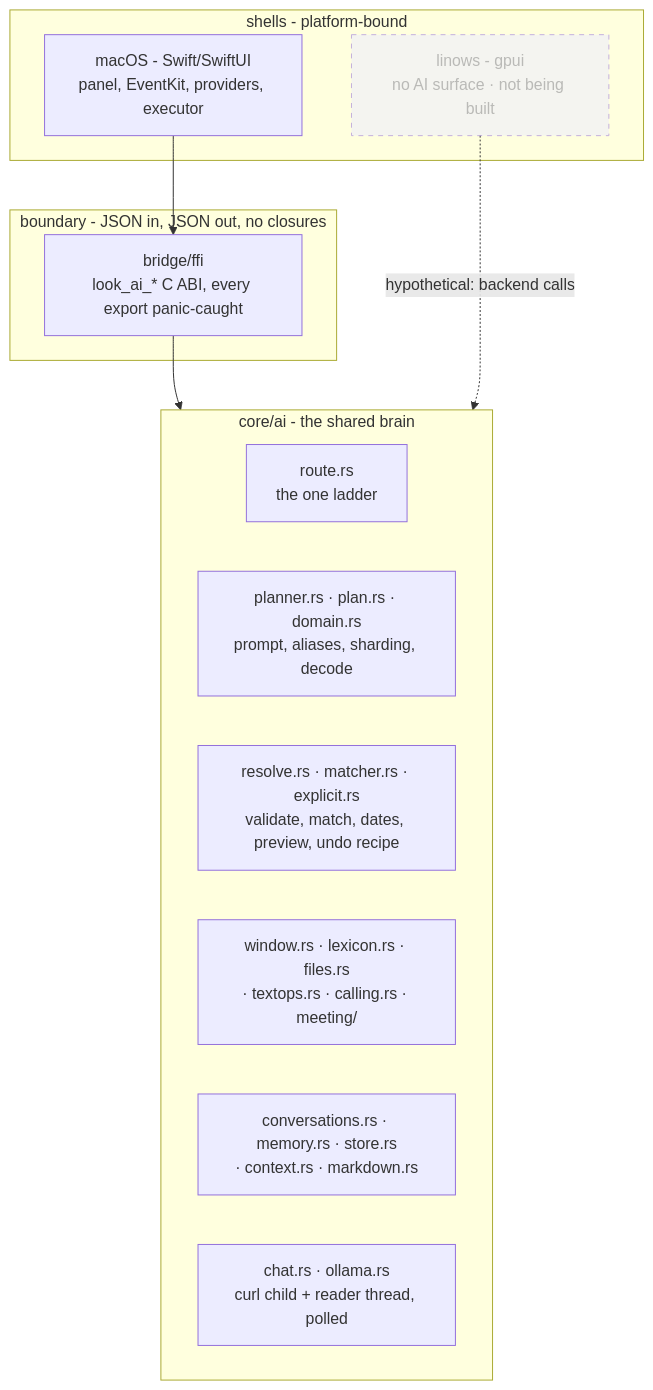
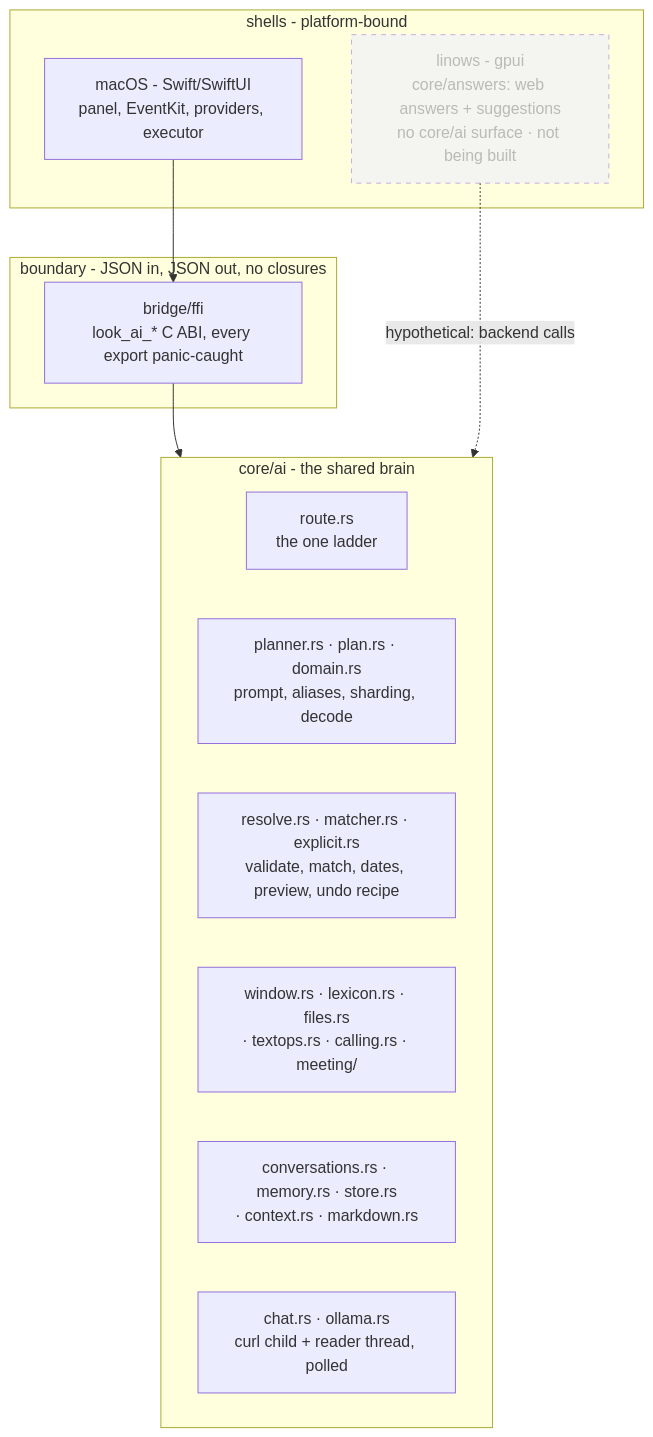
The first of 5 diagrams in docs/ai-architecture.md (kunkka19xx/look), drawn with Mermaid before and after one commit. The commit also changed other lines of this file and 2 other files, not shown here.

````diff
--- a/docs/ai-architecture.md
+++ b/docs/ai-architecture.md
@@ -17,26 +17,26 @@
 ```mermaid
 flowchart TB
     subgraph shells["shells - platform-bound"]
         SW["macOS - Swift/SwiftUI<br/>panel, EventKit, providers, executor"]
-        TA["linows - gpui<br/>no AI surface · not being built"]
+        TA["linows - gpui<br/>core/answers: web answers + suggestions<br/>no core/ai surface · not being built"]
     end
 
     subgraph bound["boundary - JSON in, JSON out, no closures"]
         FFI["bridge/ffi<br/>look_ai_* C ABI, every export panic-caught"]
     end
 
     subgraph core["core/ai - the shared brain"]
         RT["route.rs<br/>the one ladder"]
         PLN["planner.rs · plan.rs · domain.rs<br/>prompt, aliases, sharding, decode"]
         RES["resolve.rs · matcher.rs · explicit.rs<br/>validate, match, dates, preview, undo recipe"]
         GR["window.rs · lexicon.rs · files.rs<br/>· textops.rs · calling.rs · meeting/"]
         ST["conversations.rs · memory.rs · store.rs<br/>· context.rs · markdown.rs"]
         TR["chat.rs · ollama.rs<br/>curl child + reader thread, polled"]
     end
 
     SW --> FFI --> core
     TA -. "hypothetical: backend calls" .-> core
 
     classDef unbuilt stroke-dasharray:5 5,opacity:0.55
     class TA unbuilt
 ```
````
